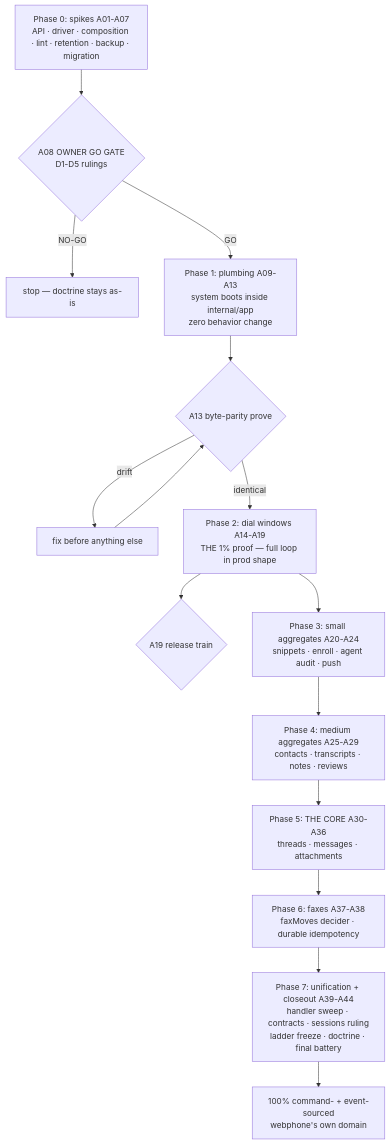
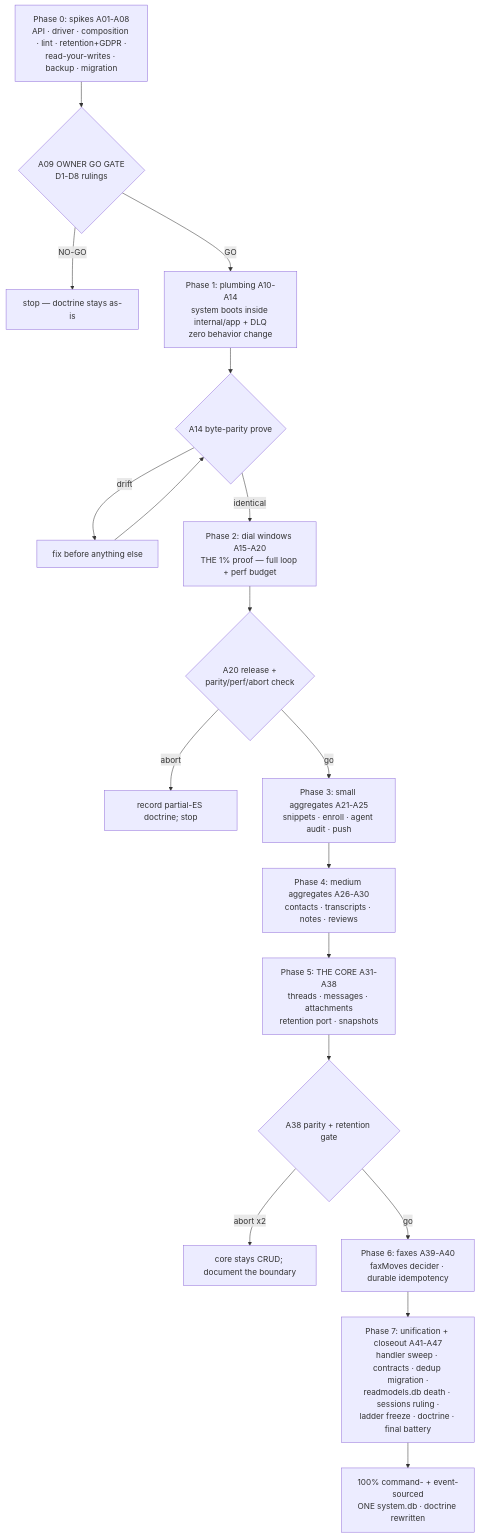
Before and after one commit to LarsArtmann/webphone: the second of 2 diagrams in docs/planning/2026-11-08_04-04_SUPERB-command-event-sourcing.md, drawn with Mermaid. The commit also changed other lines of this file and 2 other files, not shown here.

````diff
--- a/docs/planning/2026-11-08_04-04_SUPERB-command-event-sourcing.md
+++ b/docs/planning/2026-11-08_04-04_SUPERB-command-event-sourcing.md
@@ -356,17 +394,20 @@
 ```mermaid
 flowchart TD
-    P0["Phase 0: spikes A01-A07<br/>API · driver · composition · lint · retention · backup · migration"] --> G1{"A08 OWNER GO GATE<br/>D1-D5 rulings"}
+    P0["Phase 0: spikes A01-A08<br/>API · driver · composition · lint · retention+GDPR ·<br/>read-your-writes · backup · migration"] --> G1{"A09 OWNER GO GATE<br/>D1-D8 rulings"}
     G1 -->|NO-GO| STOP["stop — doctrine stays as-is"]
-    G1 -->|GO| P1["Phase 1: plumbing A09-A13<br/>system boots inside internal/app<br/>zero behavior change"]
-    P1 --> G2{"A13 byte-parity prove"}
+    G1 -->|GO| P1["Phase 1: plumbing A10-A14<br/>system boots inside internal/app + DLQ<br/>zero behavior change"]
+    P1 --> G2{"A14 byte-parity prove"}
     G2 -->|drift| FIX["fix before anything else"]
     FIX --> G2
-    G2 -->|identical| P2["Phase 2: dial windows A14-A19<br/>THE 1% proof — full loop in prod shape"]
-    P2 --> G3{"A19 release train"}
-    P2 --> P3["Phase 3: small aggregates A20-A24<br/>snippets · enroll · agent audit · push"]
-    P3 --> P4["Phase 4: medium aggregates A25-A29<br/>contacts · transcripts · notes · reviews"]
-    P4 --> P5["Phase 5: THE CORE A30-A36<br/>threads · messages · attachments"]
-    P5 --> P6["Phase 6: faxes A37-A38<br/>faxMoves decider · durable idempotency"]
-    P6 --> P7["Phase 7: unification + closeout A39-A44<br/>handler sweep · contracts · sessions ruling<br/>ladder freeze · doctrine · final battery"]
-    P7 --> DONE["100% command- + event-sourced<br/>webphone's own domain"]
+    G2 -->|identical| P2["Phase 2: dial windows A15-A20<br/>THE 1% proof — full loop + perf budget"]
+    P2 --> G3{"A20 release +<br/>parity/perf/abort check"}
+    G3 -->|abort| ABORT1["record partial-ES doctrine; stop"]
+    G3 -->|go| P3["Phase 3: small aggregates A21-A25<br/>snippets · enroll · agent audit · push"]
+    P3 --> P4["Phase 4: medium aggregates A26-A30<br/>contacts · transcripts · notes · reviews"]
+    P4 --> P5["Phase 5: THE CORE A31-A38<br/>threads · messages · attachments<br/>retention port · snapshots"]
+    P5 --> G4{"A38 parity + retention gate"}
+    G4 -->|abort x2| ABORT2["core stays CRUD; document the boundary"]
+    G4 -->|go| P6["Phase 6: faxes A39-A40<br/>faxMoves decider · durable idempotency"]
+    P6 --> P7["Phase 7: unification + closeout A41-A47<br/>handler sweep · contracts · dedup migration ·<br/>readmodels.db death · sessions ruling ·<br/>ladder freeze · doctrine · final battery"]
+    P7 --> DONE["100% command- + event-sourced<br/>ONE system.db · doctrine rewritten"]
 ```
````
